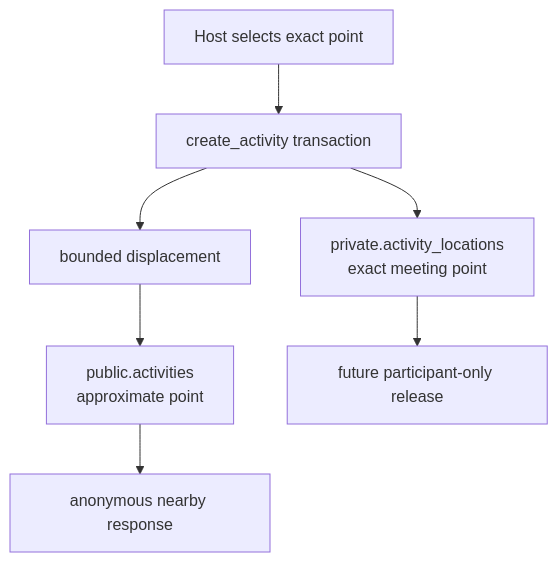
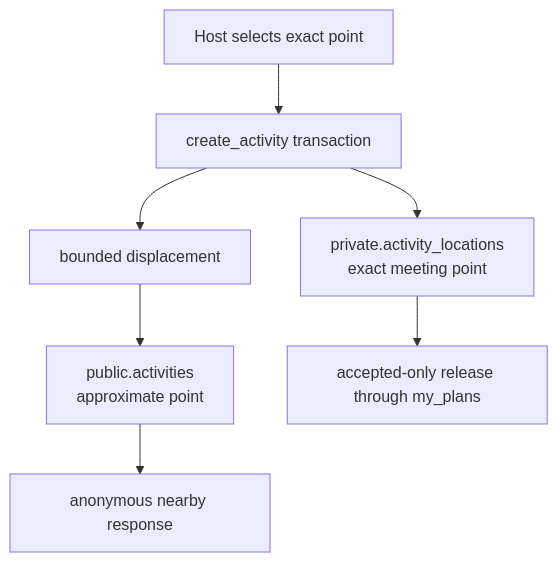
Before and after one commit to ansh0eman/NearHere: diagram 15 of 20 in docs/engineering-learning-guide.md, drawn with Mermaid. The commit also changed other lines of this file and 33 other files, not shown here.

Commit message:
feat: add capacity-safe join and private plans

````diff
--- a/docs/engineering-learning-guide.md
+++ b/docs/engineering-learning-guide.md
@@ -1670,9 +1670,9 @@
 ```mermaid
 flowchart TB
     INPUT["Host selects exact point"] --> COMMAND["create_activity transaction"]
     COMMAND --> PRIVATE["private.activity_locations\nexact meeting point"]
     COMMAND --> TRANSFORM["bounded displacement"]
     TRANSFORM --> PUBLIC["public.activities\napproximate point"]
     PUBLIC --> DISCOVERY["anonymous nearby response"]
-    PRIVATE --> LATER["future participant-only release"]
+    PRIVATE --> PLANS["accepted-only release through my_plans"]
 ```
````
